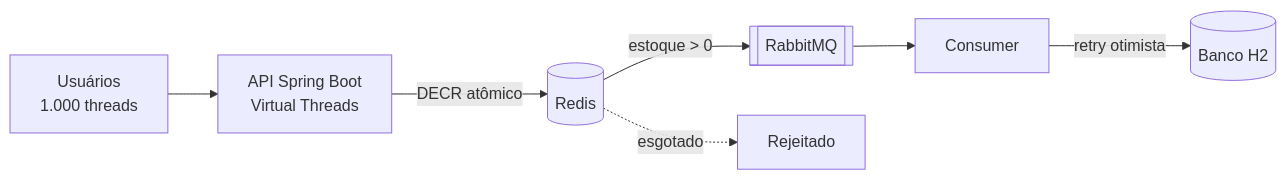
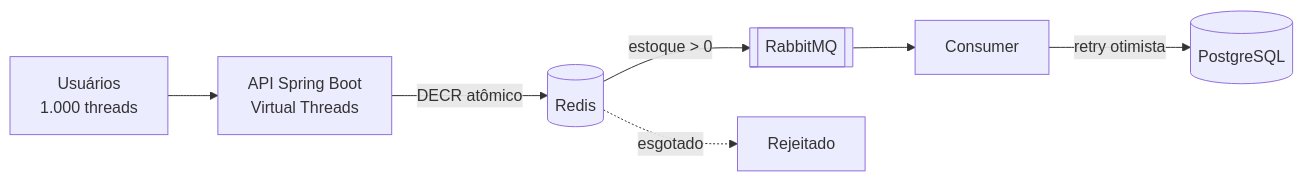
Before and after one commit to Jmello01/ticketflow: the diagram in README.md, drawn with Mermaid. The commit also changed other lines of this file and 5 other files, not shown here.

First line of the commit message:
feat: troca H2 por PostgreSQL no compose e no CI

````diff
--- a/README.md
+++ b/README.md
@@ -29,9 +30,9 @@
 ```mermaid
 flowchart LR
     U[Usuários<br/>1.000 threads] --> A[API Spring Boot<br/>Virtual Threads]
     A -->|DECR atômico| R[(Redis)]
     R -->|estoque > 0| Q[[RabbitMQ]]
     R -.->|esgotado| X[Rejeitado]
     Q --> C[Consumer]
-    C -->|retry otimista| D[(Banco H2)]
+    C -->|retry otimista| D[(PostgreSQL)]
 ```
````
